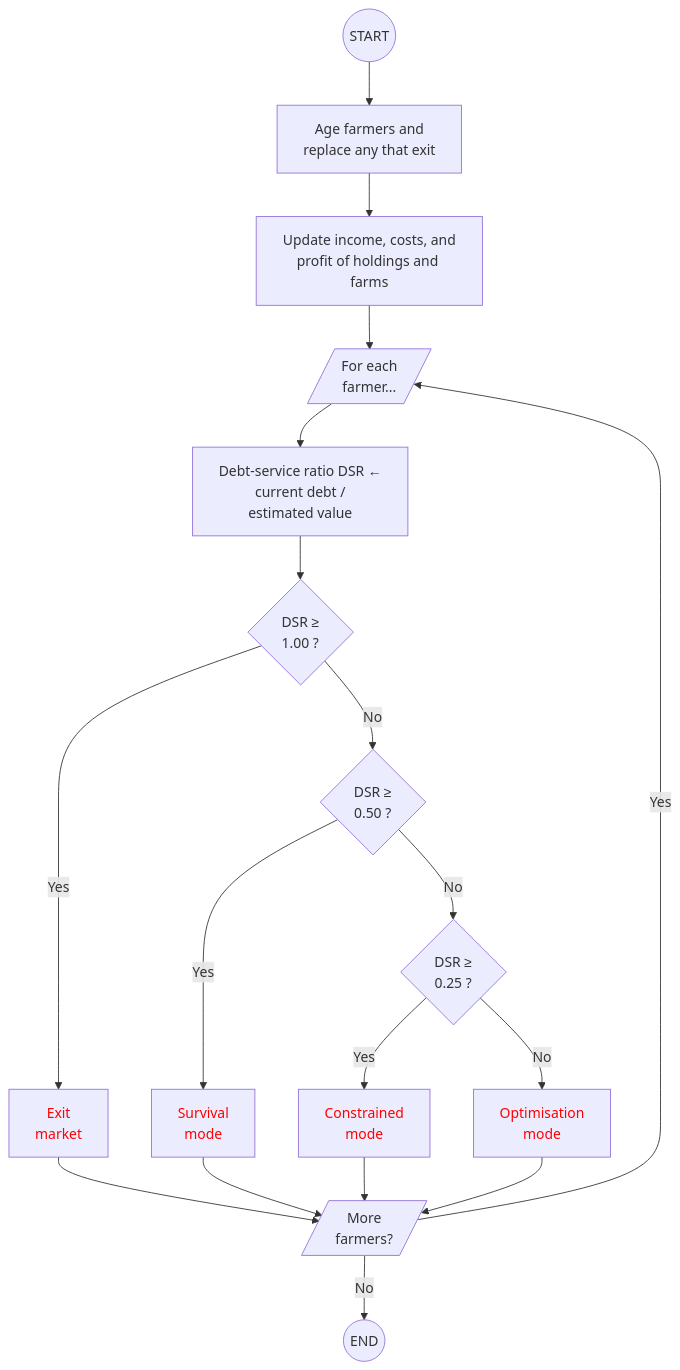
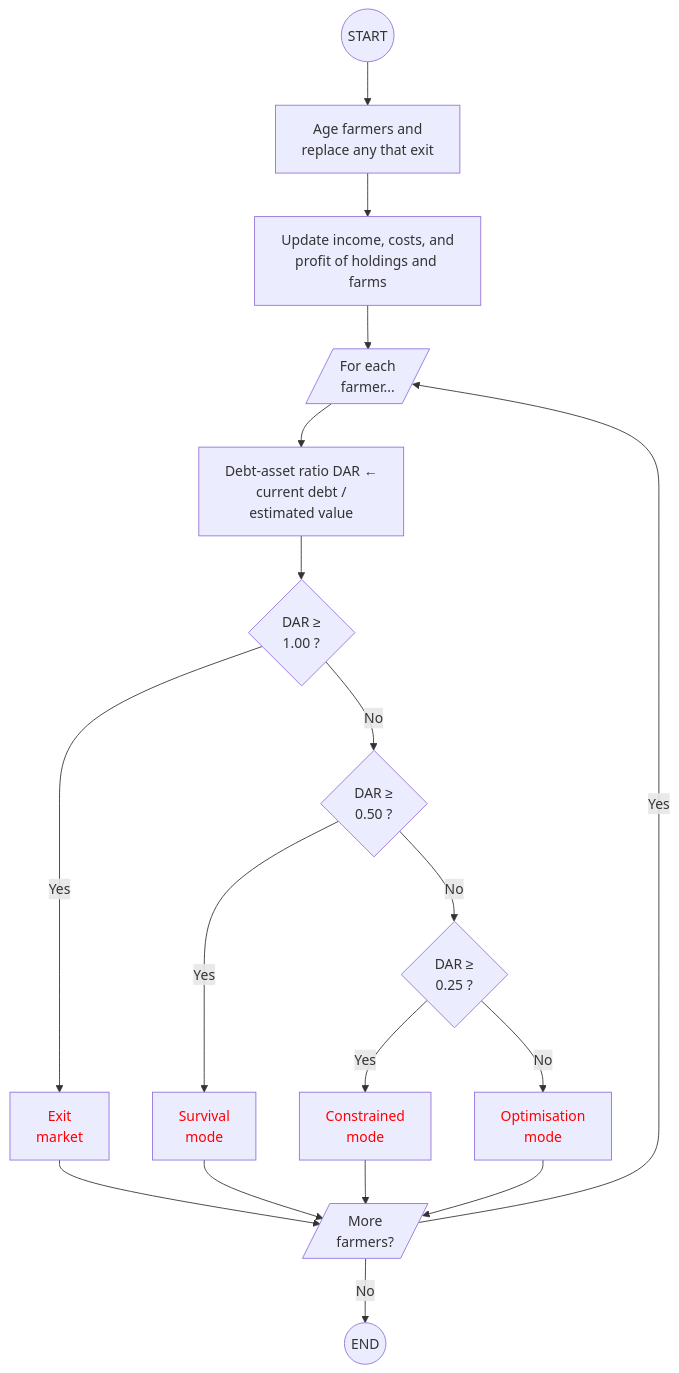
The diagram in model-description/documents/08-farmer-decisions-general.qmd (DOSull/moving-the-middle-abm), drawn with Mermaid before and after one commit. The commit also changed other lines of this file and 24 other files, not shown here.

Commit message:
updated nomenclature in model and model description materials to debt asset ratio

````diff
--- a/model-description/documents/08-farmer-decisions-general.qmd
+++ b/model-description/documents/08-farmer-decisions-general.qmd
@@ -30,38 +30,38 @@
 ```{mermaid}
 flowchart TB
   A((START))
   B[Age farmers and<br>replace any that exit]
   C[Update income, costs, and<br>profit of holdings and farms]
   E[/For each<br>farmer.../]
-  F[Debt-service ratio DSR &larr;<br>current debt / <br> estimated value]
-  G1{DSR &geq;<br>1.00 ?}
-  G2{DSR &geq;<br>0.50 ?}
-  G3{DSR &geq;<br>0.25 ?}
+  F[Debt-asset ratio DAR &larr;<br>current debt / <br> estimated value]
+  G1{DAR &geq;<br>1.00 ?}
+  G2{DAR &geq;<br>0.50 ?}
+  G3{DAR &geq;<br>0.25 ?}
   H1[<span style='color:red;'>Exit<br>market]
   H2[<span style='color:red;'>Survival<br>mode</span>]
   H3[<span style='color:red;'>Constrained<br>mode</span>]
   H4[<span style='color:red;'>Optimisation<br>mode</span>]
   N[/More<br>farmers?/]
   Z((END))
   A --> B
   B --> C
   C --> E
   E --> F
   F --> G1
   G1 -->|No| G2
   G1 -->|Yes| H1
   G2 -->|No| G3
   G2 -->|Yes| H2
   G3 -->|No| H4
   G3 -->|Yes| H3
   H1 --> N
   H2 --> N
   H3 --> N
   H4 --> N
   N -->|Yes| E
   N -->|No| Z
   click H1 "09-exit-market-succession.html" "Click for details"
   click H2 "10-survival-mode.html" "Click for details"
   click H3 "11-constrained-mode.html" "Click for details"
   click H4 "12-optimisation-mode.html" "Click for details"
 ```
````
